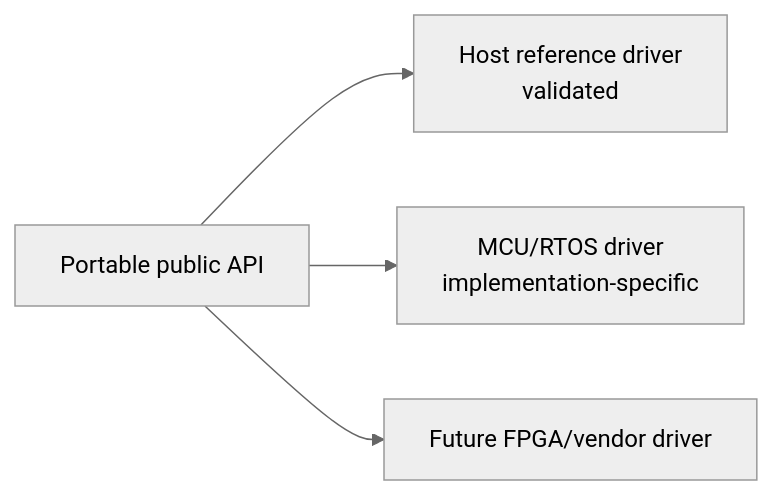
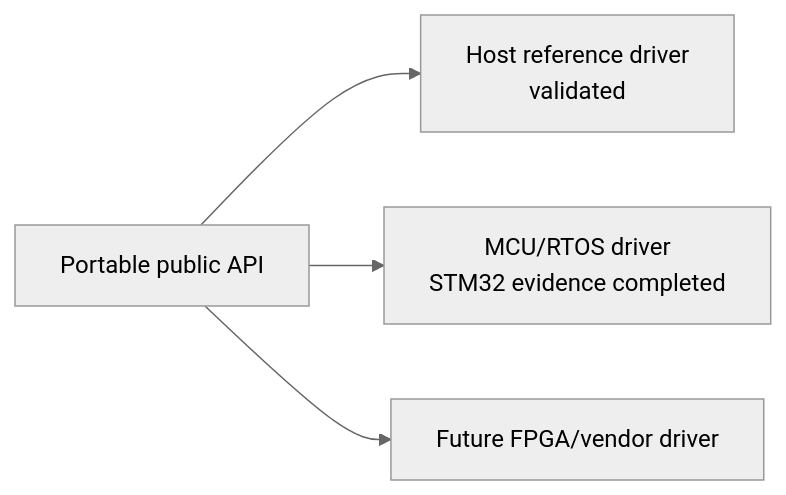
One commit to ExoSpaceLabs/spwkit changed the diagram in docs/platform-support.md. Above: the diagram before and after it, drawn with Mermaid (neutral theme). The commit also changed other lines of this file, not shown here.

````diff
--- a/docs/platform-support.md
+++ b/docs/platform-support.md
@@ -53,6 +57,6 @@
 ```mermaid
 flowchart LR
     API[Portable public API] --> REF[Host reference driver<br/>validated]
-    API --> MCU[MCU/RTOS driver<br/>implementation-specific]
+    API --> MCU[MCU/RTOS driver<br/>STM32 evidence completed]
     API --> FPGA[Future FPGA/vendor driver]
 ```
````
